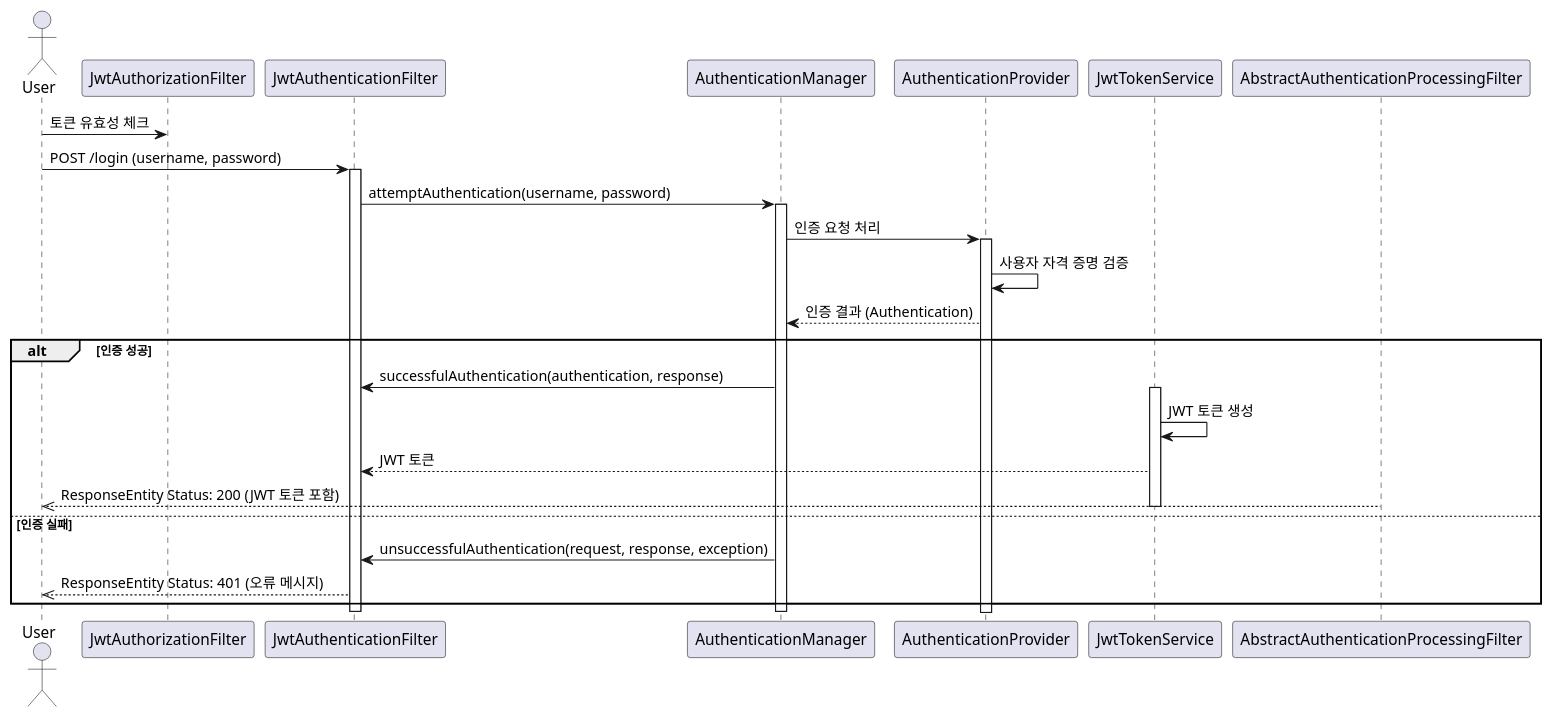
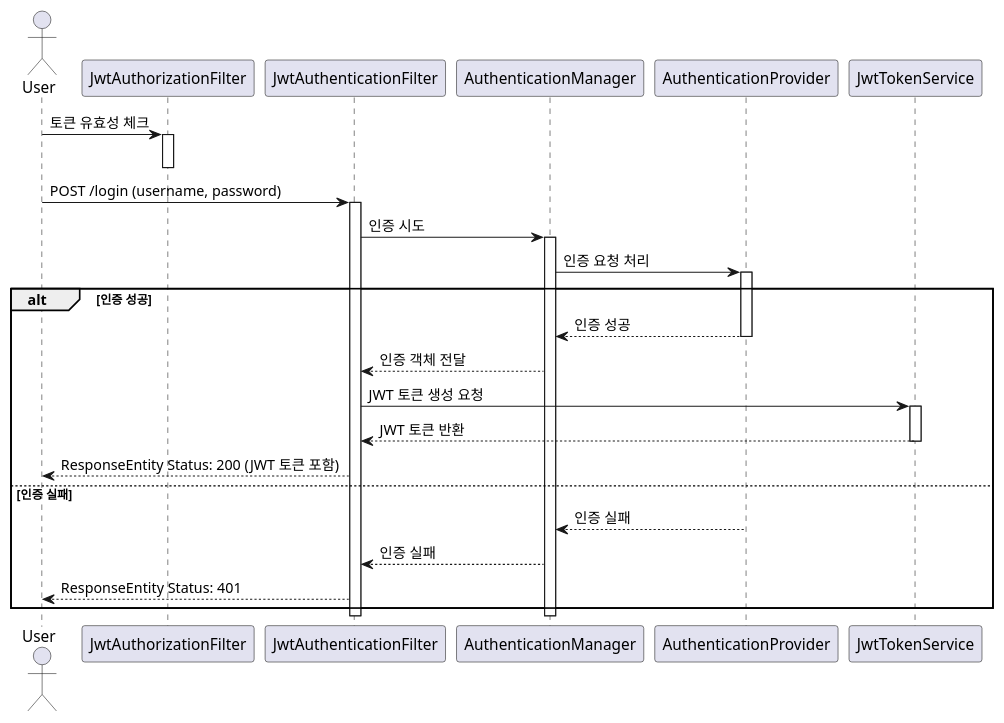
The diagram in Sequence_diagram/loginSequence.puml (HyunSense/Rest_board), drawn with PlantUML before and after one commit. The commit also changed 5 other files, not shown here.

Commit message:
Sequence diagram 수정

```diff
--- a/Sequence_diagram/loginSequence.puml
+++ b/Sequence_diagram/loginSequence.puml
@@ -1,36 +1,38 @@
 @startuml
 
 actor User
 
 User -> JwtAuthorizationFilter: 토큰 유효성 체크
+activate JwtAuthorizationFilter
+deactivate JwtAuthorizationFilter
 
 User -> JwtAuthenticationFilter: POST /login (username, password)
 activate JwtAuthenticationFilter
 
-JwtAuthenticationFilter -> AuthenticationManager: attemptAuthentication(username, password)
+JwtAuthenticationFilter -> AuthenticationManager: 인증 시도
 activate AuthenticationManager
 
 AuthenticationManager -> AuthenticationProvider: 인증 요청 처리
 activate AuthenticationProvider
 
-AuthenticationProvider -> AuthenticationProvider: 사용자 자격 증명 검증
-AuthenticationProvider --> AuthenticationManager: 인증 결과 (Authentication)
-
 alt 인증 성공
-    AuthenticationManager -> JwtAuthenticationFilter: successfulAuthentication(authentication, response)
+    AuthenticationProvider --> AuthenticationManager: 인증 성공
+    deactivate AuthenticationProvider
+    AuthenticationManager --> JwtAuthenticationFilter: 인증 객체 전달
+    JwtAuthenticationFilter -> JwtTokenService: JWT 토큰 생성 요청
     activate JwtTokenService
-
-    JwtTokenService -> JwtTokenService: JWT 토큰 생성
-    JwtTokenService --> JwtAuthenticationFilter: JWT 토큰
-    AbstractAuthenticationProcessingFilter -->> User: ResponseEntity Status: 200 (JWT 토큰 포함)
+    JwtTokenService --> JwtAuthenticationFilter: JWT 토큰 반환
     deactivate JwtTokenService
+    JwtAuthenticationFilter --> User: ResponseEntity Status: 200 (JWT 토큰 포함)
 
 else 인증 실패
-    AuthenticationManager -> JwtAuthenticationFilter: unsuccessfulAuthentication(request, response, exception)
-    JwtAuthenticationFilter -->> User: ResponseEntity Status: 401 (오류 메시지)
+    AuthenticationProvider --> AuthenticationManager: 인증 실패
+    deactivate AuthenticationProvider
+    AuthenticationManager --> JwtAuthenticationFilter: 인증 실패
+    JwtAuthenticationFilter --> User: ResponseEntity Status: 401
 end
 
 deactivate AuthenticationManager
 deactivate JwtAuthenticationFilter
 
 @enduml
```
